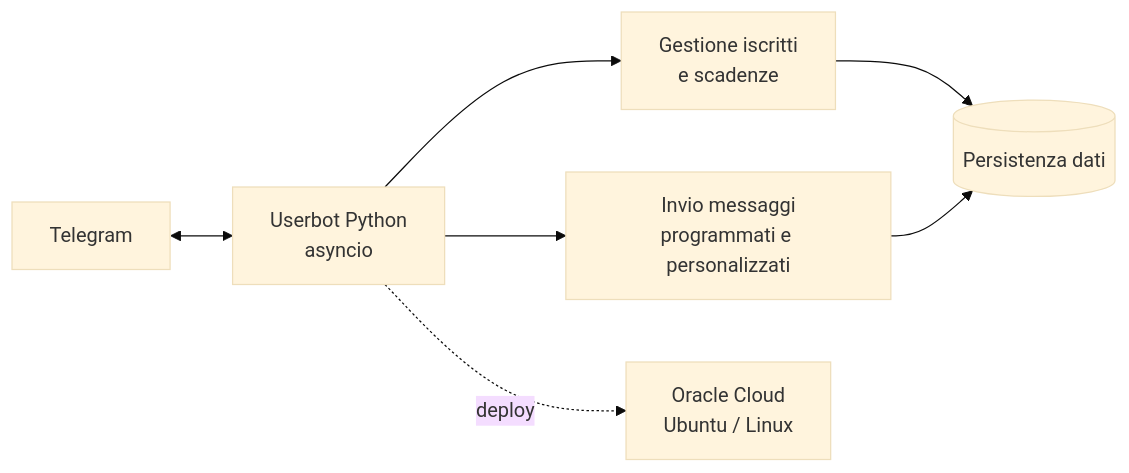
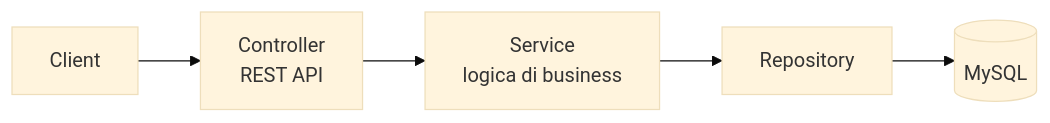
One commit to leosalazar97/leosalazar97 changed the first of 6 diagrams in README.md. Above: the diagram before and after it, drawn with Mermaid (base theme). The commit also changed other lines of this file, not shown here.

````diff
--- a/README.md
+++ b/README.md
@@ -39,9 +37,7 @@
 ```mermaid
 flowchart LR
-    A[Telegram] <--> B[Userbot Python<br/>asyncio]
-    B --> C[Gestione iscritti<br/>e scadenze]
-    B --> D[Invio messaggi<br/>programmati e personalizzati]
-    C --> E[(Persistenza dati)]
-    D --> E
-    B -. deploy .-> F[Oracle Cloud<br/>Ubuntu / Linux]
+    A[Client] --> B[Controller<br/>REST API]
+    B --> C[Service<br/>logica di business]
+    C --> D[Repository]
+    D --> E[(MySQL)]
 ```
````
